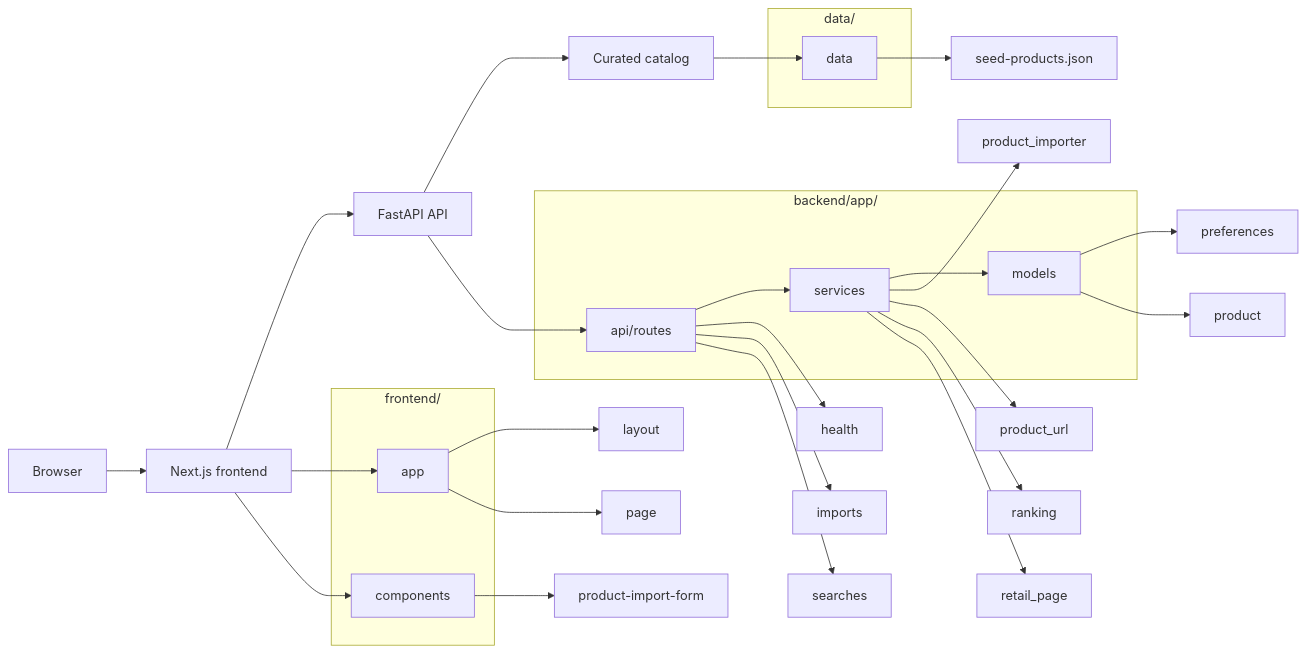
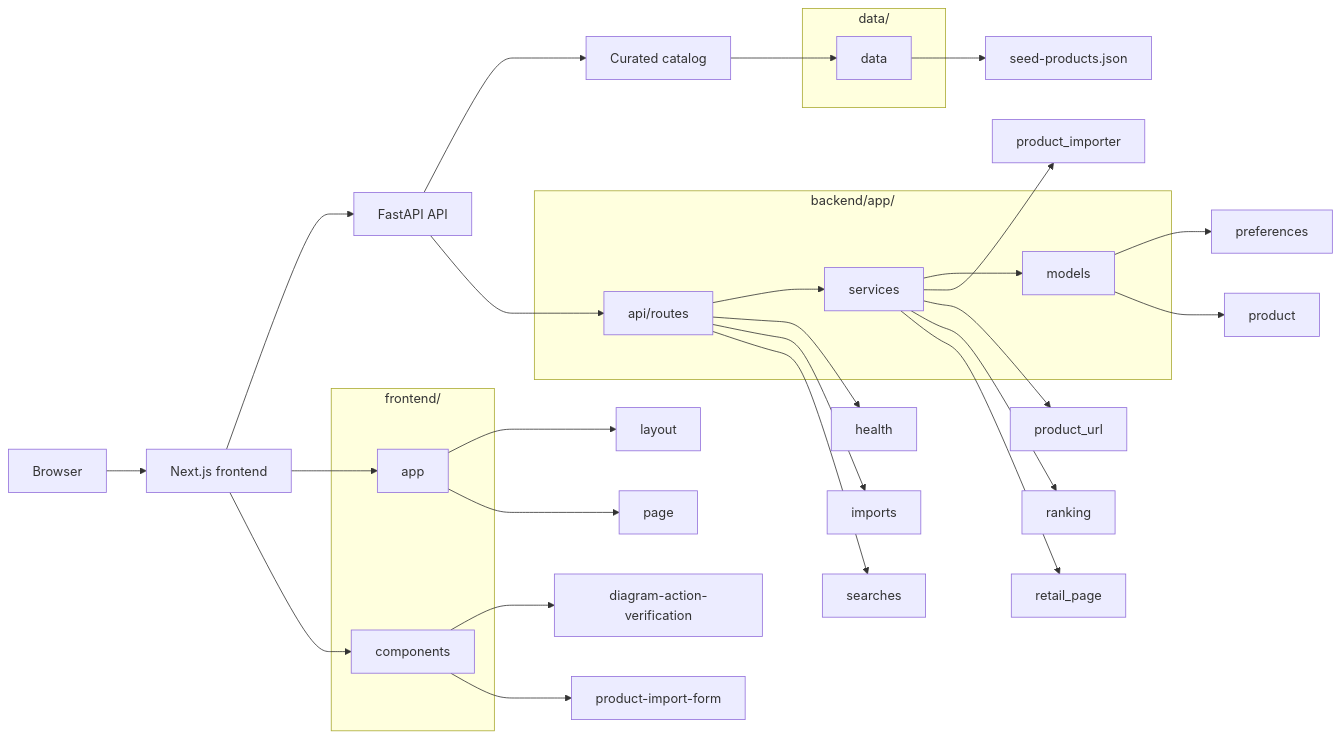
Before and after one commit to sofia-m12/modamix: the diagram in docs/architecture.mmd, drawn with Mermaid.

Commit message:
docs: update architecture diagram

```diff
--- a/docs/architecture.mmd
+++ b/docs/architecture.mmd
@@ -1,53 +1,55 @@
 %% This file is generated by scripts/generate_architecture_diagram.py.
 %% Do not edit it by hand; change the repository structure and regenerate.
 flowchart LR
     Browser["Browser"] --> Frontend["Next.js frontend"]
     Frontend --> API["FastAPI API"]
     API --> Catalog["Curated catalog"]
 
     subgraph FrontendFiles[frontend/]
         FrontendApp["app"]
         FrontendComponents["components"]
     end
     Frontend --> FrontendApp
     Frontend --> FrontendComponents
     frontend_app_layout["layout"]
     FrontendApp --> frontend_app_layout
     frontend_app_page["page"]
     FrontendApp --> frontend_app_page
+    frontend_component_diagram_action_verification["diagram-action-verification"]
+    FrontendComponents --> frontend_component_diagram_action_verification
     frontend_component_product_import_form["product-import-form"]
     FrontendComponents --> frontend_component_product_import_form
 
     subgraph BackendFiles[backend/app/]
         Routes["api/routes"]
         Services["services"]
         Models["models"]
     end
     API --> Routes
     Routes --> Services
     Services --> Models
     route_health["health"]
     Routes --> route_health
     route_imports["imports"]
     Routes --> route_imports
     route_searches["searches"]
     Routes --> route_searches
     service_product_importer["product_importer"]
     Services --> service_product_importer
     service_product_url["product_url"]
     Services --> service_product_url
     service_ranking["ranking"]
     Services --> service_ranking
     service_retail_page["retail_page"]
     Services --> service_retail_page
     model_preferences["preferences"]
     Models --> model_preferences
     model_product["product"]
     Models --> model_product
 
     subgraph CatalogFiles[data/]
         CatalogData["data"]
     end
     Catalog --> CatalogData
     catalog_seed_products_json["seed-products.json"]
     CatalogData --> catalog_seed_products_json
```
